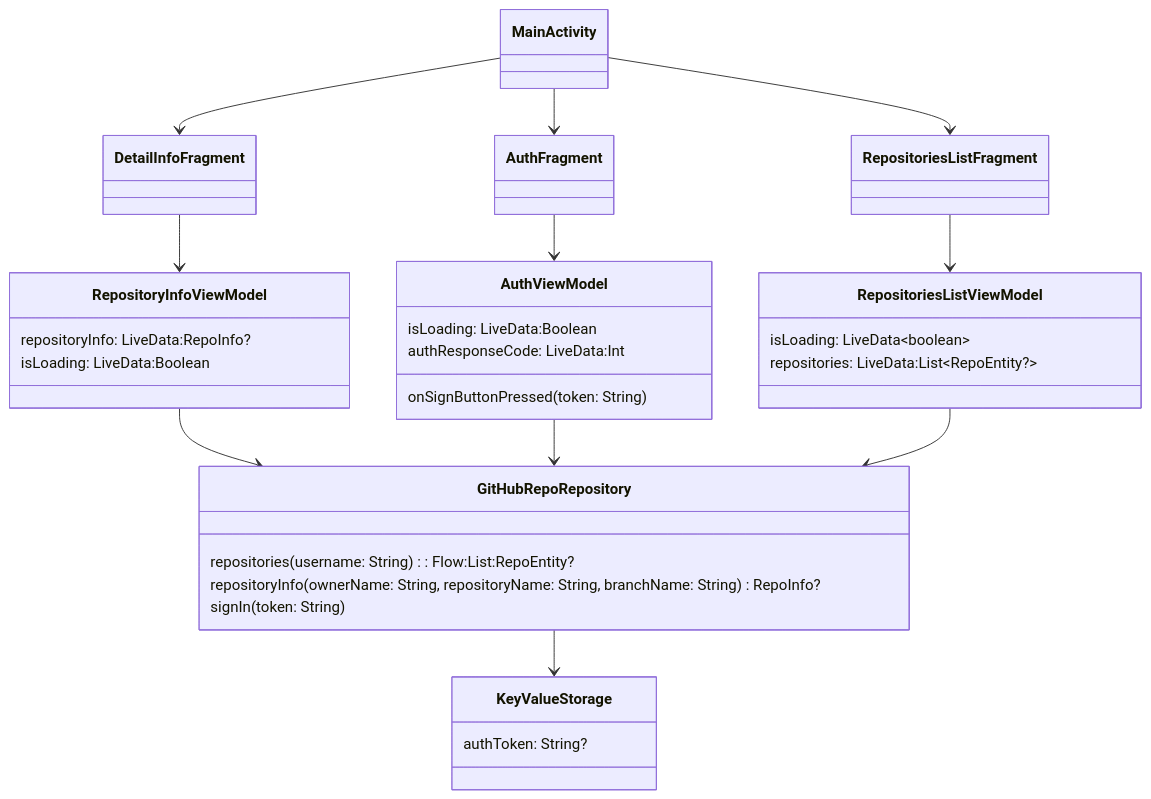
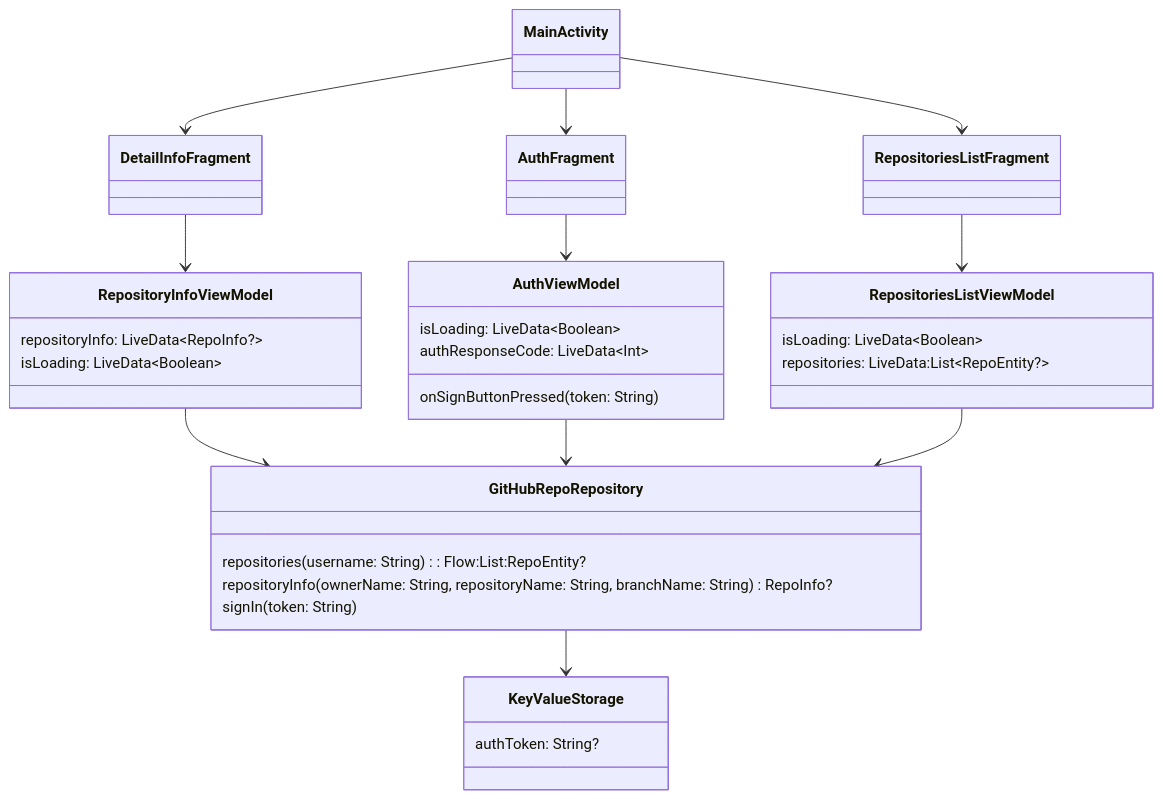
The diagram in university/1-android-basics/practice.md (icerockdev/kmm.icerock.dev), drawn with Mermaid before and after one commit. The commit also changed 1 other file, not shown here.

````diff
--- a/university/1-android-basics/practice.md
+++ b/university/1-android-basics/practice.md
@@ -42,48 +42,48 @@
 ```mermaid
    classDiagram
 
    class MainActivity:::android
    class AuthFragment:::android
    class RepositoriesListFragment:::android
    class DetailInfoFragment:::android
 
    class AuthViewModel:::android{
-     isLoading: LiveData:Boolean
-     authResponseCode: LiveData:Int
+     isLoading: LiveData~Boolean~
+     authResponseCode: LiveData~Int~
      onSignButtonPressed(token: String)
    }
    
    class RepositoryInfoViewModel:::android{
-     repositoryInfo: LiveData:RepoInfo?
-     isLoading: LiveData:Boolean
+     repositoryInfo: LiveData~RepoInfo?~
+     isLoading: LiveData~Boolean~
    }
    
    class RepositoriesListViewModel:::android{
-     isLoading: LiveData~boolean~
+     isLoading: LiveData~Boolean~
      repositories: LiveData:List~RepoEntity?~
    }
    
    class GitHubRepoRepository:::android{
      repositories(username: String): Flow:List:RepoEntity?
      repositoryInfo(ownerName: String, repositoryName: String, branchName: String) RepoInfo?
      signIn(token: String)
    }
    
    class KeyValueStorage:::android{
      authToken: String?
    }
 
    MainActivity --> AuthFragment
    MainActivity --> RepositoriesListFragment
    MainActivity --> DetailInfoFragment
    
    AuthFragment --> AuthViewModel
    RepositoriesListFragment --> RepositoriesListViewModel
    DetailInfoFragment --> RepositoryInfoViewModel
    
    RepositoryInfoViewModel --> GitHubRepoRepository
    AuthViewModel --> GitHubRepoRepository
    RepositoriesListViewModel --> GitHubRepoRepository
 
    GitHubRepoRepository --> KeyValueStorage
 ```
````
